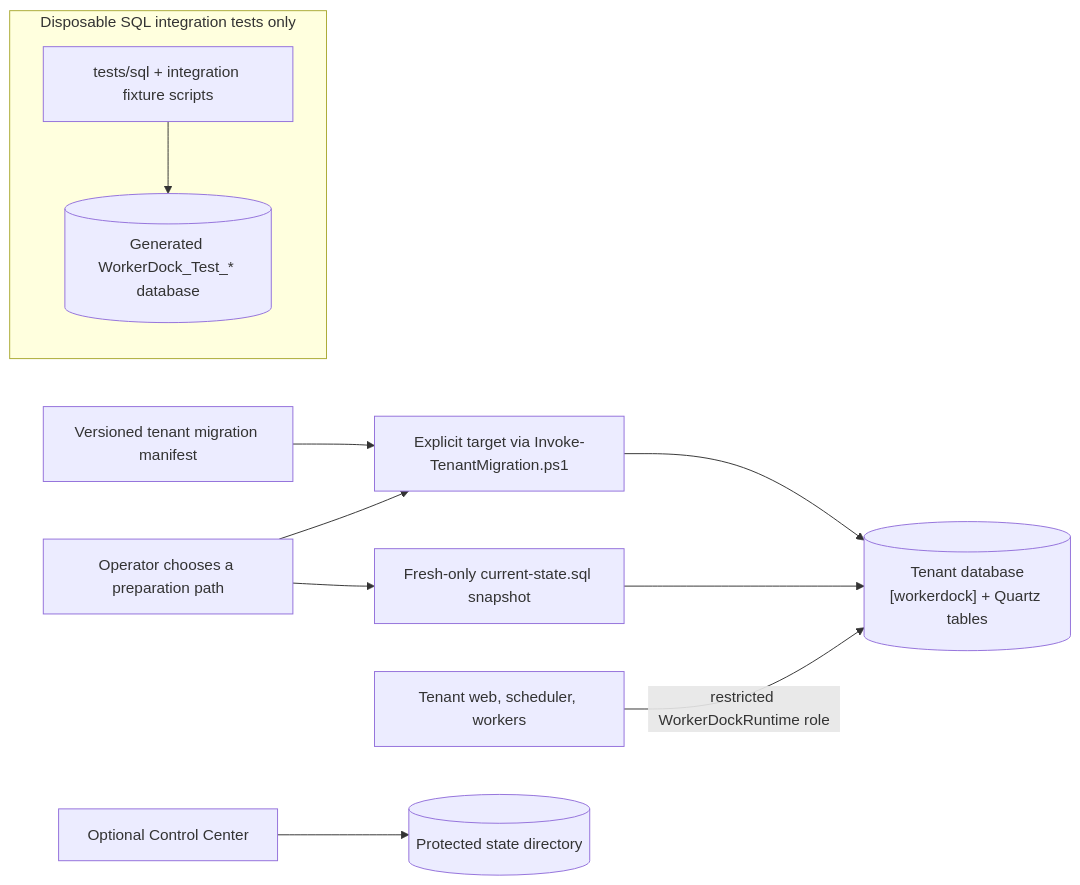
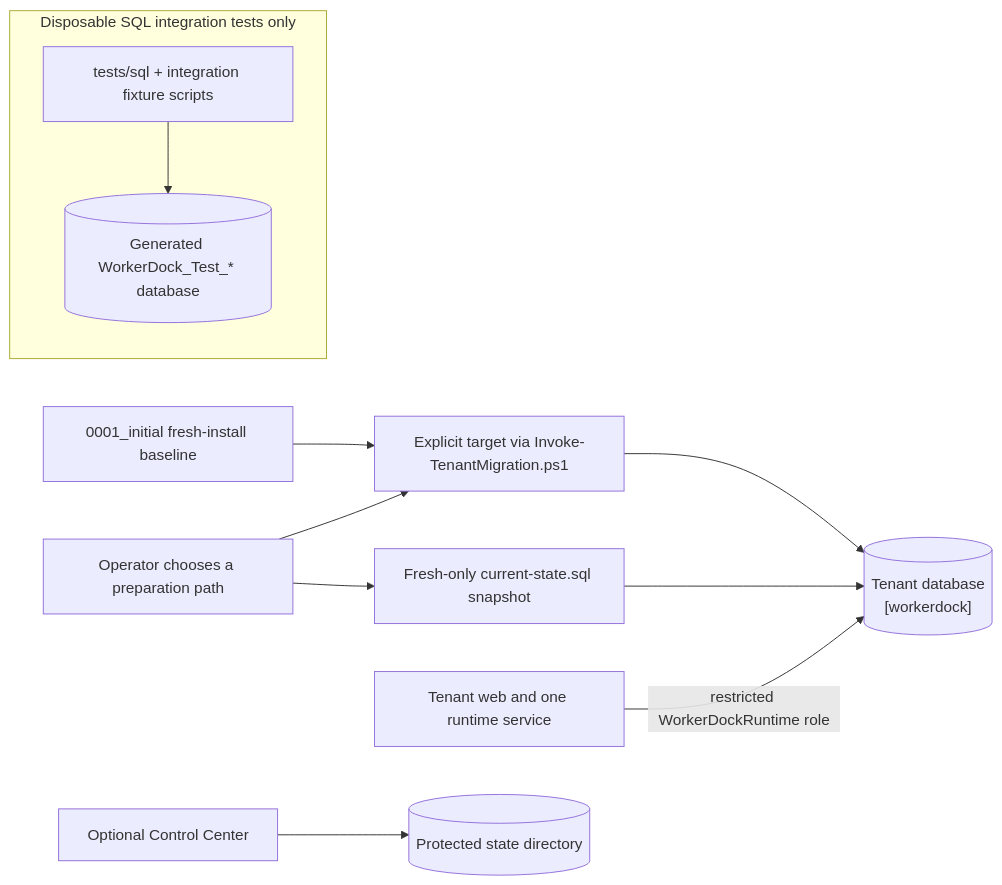
Before and after one commit to brunofreitasv/WorkerDock: the diagram in docs/how-to/setup-sql-server.md, drawn with Mermaid. The commit also changed other lines of this file and 46 other files, not shown here.

Commit message:
docs: describe single-node tenant runtime

````diff
--- a/docs/how-to/setup-sql-server.md
+++ b/docs/how-to/setup-sql-server.md
@@ -7,15 +7,15 @@
 ```mermaid
 flowchart LR
     Operator["Operator chooses a preparation path"]
-    Manifest["Versioned tenant migration manifest"] --> MigrationScript["Explicit target via Invoke-TenantMigration.ps1"]
+    Manifest["0001_initial fresh-install baseline"] --> MigrationScript["Explicit target via Invoke-TenantMigration.ps1"]
     Snapshot["Fresh-only current-state.sql snapshot"]
     Operator --> MigrationScript
     Operator --> Snapshot
-    MigrationScript --> TenantDb[("Tenant database<br/>[workerdock] + Quartz tables")]
+    MigrationScript --> TenantDb[("Tenant database<br/>[workerdock]")]
     Snapshot --> TenantDb
-    TenantApps["Tenant web, scheduler, workers"] -->|"restricted WorkerDockRuntime role"| TenantDb
+    TenantApps["Tenant web and one runtime service"] -->|"restricted WorkerDockRuntime role"| TenantDb
     CenterApp["Optional Control Center"] --> CenterFiles[("Protected state directory")]
     subgraph Tests["Disposable SQL integration tests only"]
         Fixtures["tests/sql + integration fixture scripts"] --> TestDb[("Generated WorkerDock_Test_* database")]
     end
 ```
````
